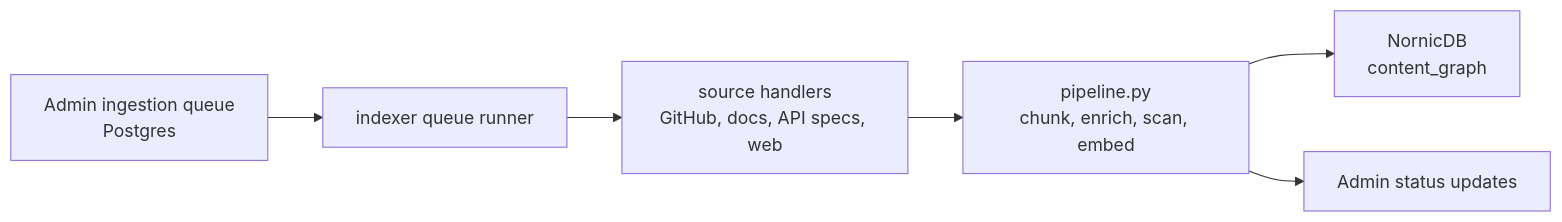
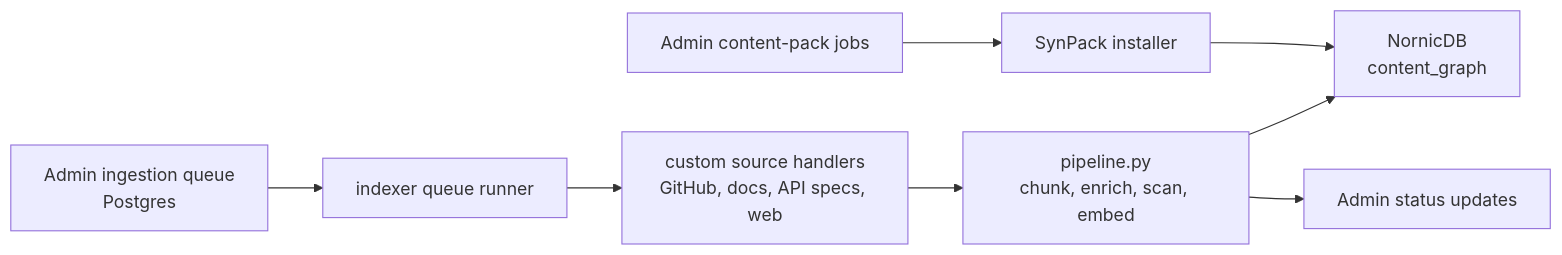
The diagram in docs/INDEXERS.md (supernovae/synesis), drawn with Mermaid before and after one commit. The commit also changed other lines of this file and 47 other files, not shown here.

````diff
--- a/docs/INDEXERS.md
+++ b/docs/INDEXERS.md
@@ -10,8 +15,10 @@
 ```mermaid
 flowchart LR
   Admin["Admin ingestion queue\nPostgres"] --> Runner["indexer queue runner"]
-  Runner --> Handlers["source handlers\nGitHub, docs, API specs, web"]
+  Catalog["Admin content-pack jobs"] --> PackRunner["SynPack installer"]
+  Runner --> Handlers["custom source handlers\nGitHub, docs, API specs, web"]
+  PackRunner --> Graph["NornicDB\ncontent_graph"]
   Handlers --> Pipeline["pipeline.py\nchunk, enrich, scan, embed"]
   Pipeline --> Graph["NornicDB\ncontent_graph"]
   Pipeline --> AdminStatus["Admin status updates"]
 ```
````
